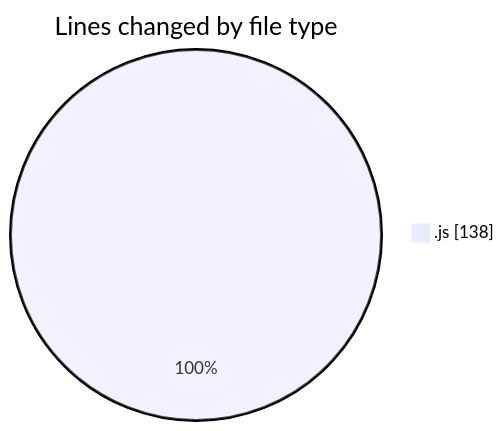
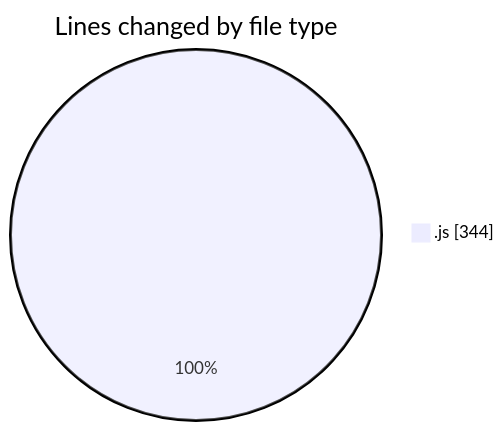
One commit to momahboobian/code-tracking changed the first of 2 diagrams in 2025-05-23/cda/README.md. Above: the diagram before and after it, drawn with Mermaid. The commit also changed other lines of this file and 1 other file, not shown here.

````diff
--- a/2025-05-23/cda/README.md
+++ b/2025-05-23/cda/README.md
@@ -22,5 +24,5 @@
 ```mermaid
 pie showData
 title Lines changed by file type
-".js" : 138
+".js" : 344
 ```
````
